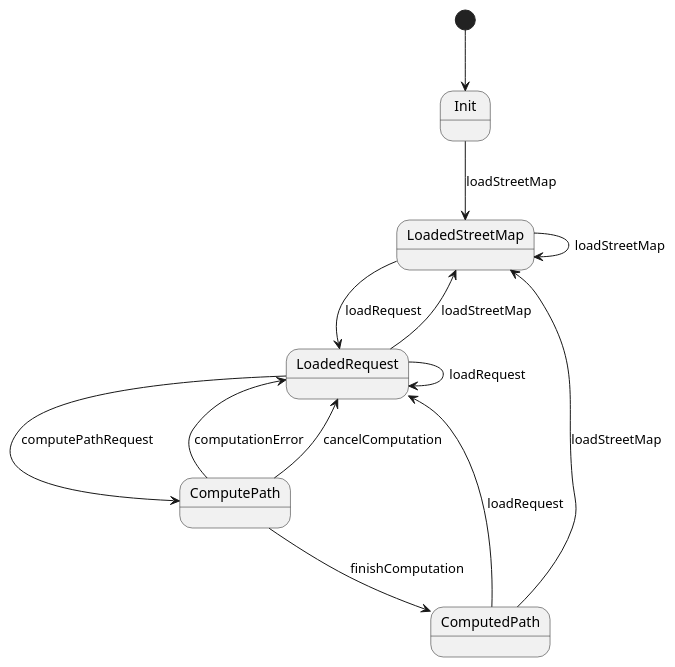
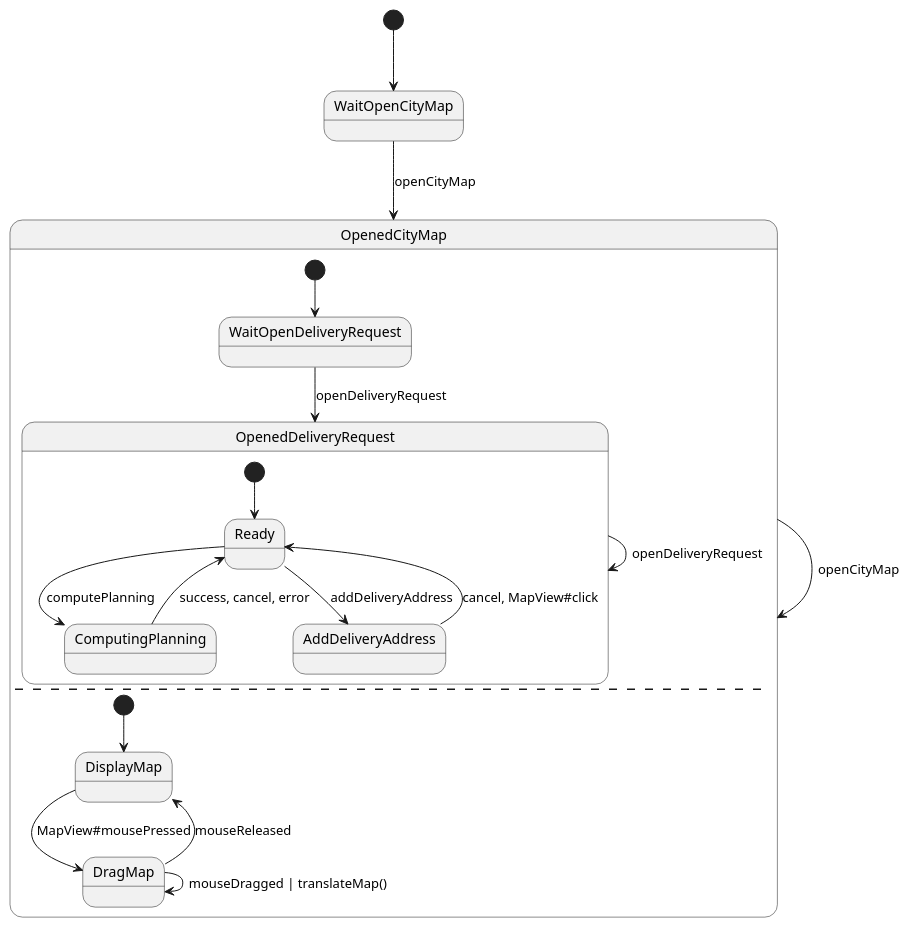
The diagram in docs/uml/state-diagram-gui.puml (if-h4102/pld-agile), drawn with PlantUML before and after one commit. The commit also changed 6 other files, not shown here.

```diff
--- a/docs/uml/state-diagram-gui.puml
+++ b/docs/uml/state-diagram-gui.puml
@@ -1,19 +1,33 @@
 @startuml
 
-[*] --> Init
-Init --> LoadedStreetMap: loadStreetMap
-LoadedStreetMap --> LoadedRequest: loadRequest
-LoadedRequest --> ComputePath: computePathRequest
-ComputePath --> ComputedPath: finishComputation
+[*] --> WaitOpenCityMap
 
-ComputePath --> LoadedRequest: computationError
-ComputePath --> LoadedRequest: cancelComputation
+WaitOpenCityMap --> OpenedCityMap: openCityMap
+OpenedCityMap --> OpenedCityMap: openCityMap
 
-LoadedStreetMap --> LoadedStreetMap: loadStreetMap
-LoadedRequest --> LoadedStreetMap: loadStreetMap
-ComputedPath --> LoadedStreetMap: loadStreetMap
+state OpenedCityMap {
+    [*] --> WaitOpenDeliveryRequest
 
-LoadedRequest --> LoadedRequest: loadRequest
-ComputedPath --> LoadedRequest: loadRequest
+    WaitOpenDeliveryRequest --> OpenedDeliveryRequest: openDeliveryRequest
+    OpenedDeliveryRequest --> OpenedDeliveryRequest: openDeliveryRequest
+
+    state OpenedDeliveryRequest {
+        [*] --> Ready
+
+        Ready --> ComputingPlanning: computePlanning
+        ComputingPlanning --> Ready: success, cancel, error
+
+        Ready --> AddDeliveryAddress: addDeliveryAddress
+        AddDeliveryAddress --> Ready: cancel, MapView#click
+    }
+
+    --
+
+    [*] --> DisplayMap
+
+    DisplayMap --> DragMap: MapView#mousePressed
+    DragMap --> DragMap: mouseDragged | translateMap()
+    DragMap --> DisplayMap: mouseReleased
+}
 
 @enduml
```
